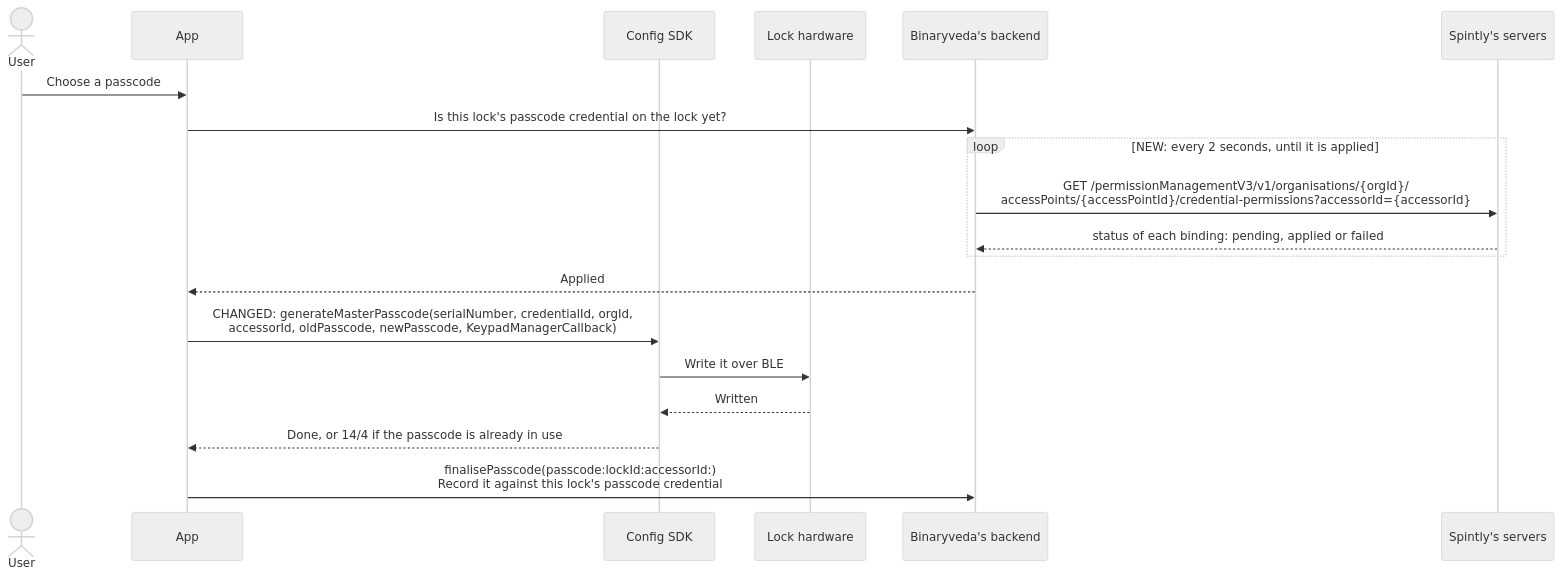
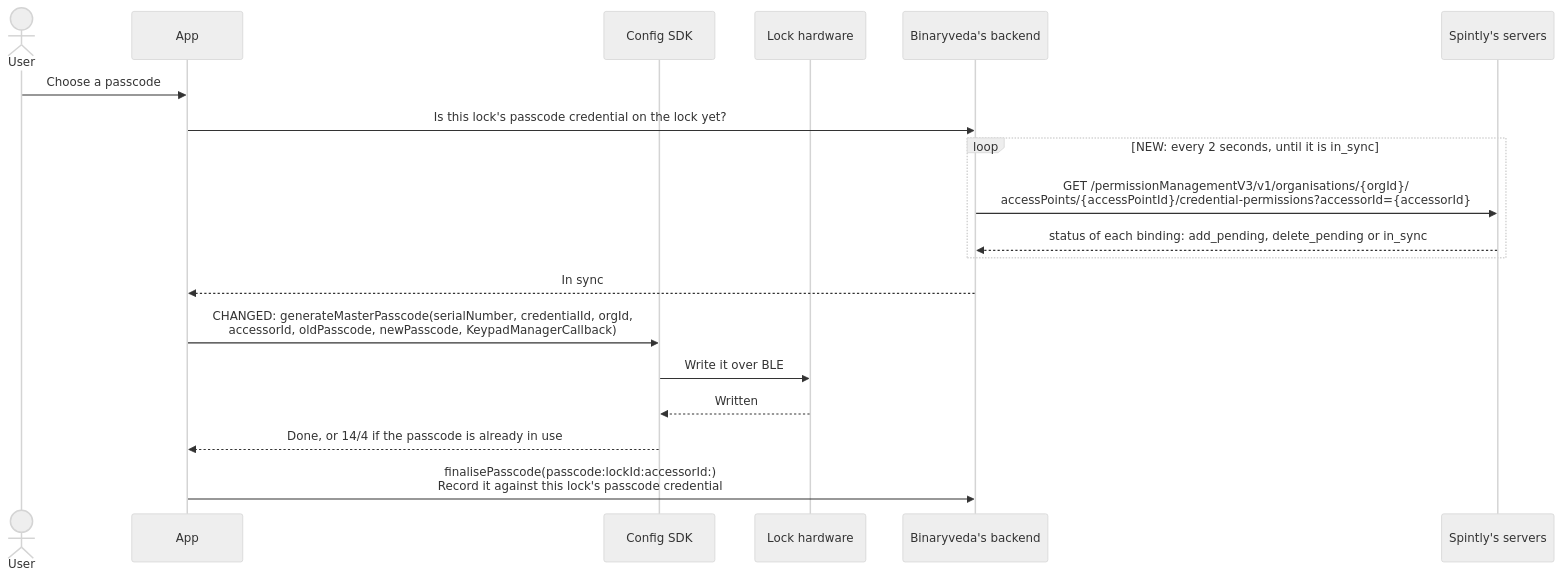
One commit to spintly-integrations-support/godrej-software-guide changed the seventh of 9 diagrams in docs/lock-onboarding.md. Above: the diagram before and after it, drawn with Mermaid (neutral theme). The commit also changed other lines of this file and 5 other files, not shown here.

````diff
--- a/docs/lock-onboarding.md
+++ b/docs/lock-onboarding.md
@@ -304,22 +304,22 @@
 ```mermaid
 sequenceDiagram
     actor U as User
     participant A as App
     participant C as Config SDK
     participant L as Lock hardware
     participant B as Binaryveda's backend
     participant S as Spintly's servers
 
     U->>A: Choose a passcode
     A->>B: Is this lock's passcode credential on the lock yet?
-    loop NEW: every 2 seconds, until it is applied
+    loop NEW: every 2 seconds, until it is in_sync
         B->>S: GET /permissionManagementV3/v1/organisations/{orgId}/<br/>accessPoints/{accessPointId}/credential-permissions?accessorId={accessorId}
-        S-->>B: status of each binding: pending, applied or failed
+        S-->>B: status of each binding: add_pending, delete_pending or in_sync
     end
-    B-->>A: Applied
+    B-->>A: In sync
     A->>C: CHANGED: generateMasterPasscode(serialNumber, credentialId, orgId,<br/>accessorId, oldPasscode, newPasscode, KeypadManagerCallback)
     C->>L: Write it over BLE
     L-->>C: Written
     C-->>A: Done, or 14/4 if the passcode is already in use
     A->>B: finalisePasscode(passcode:lockId:accessorId:)<br/>Record it against this lock's passcode credential
 ```
````
